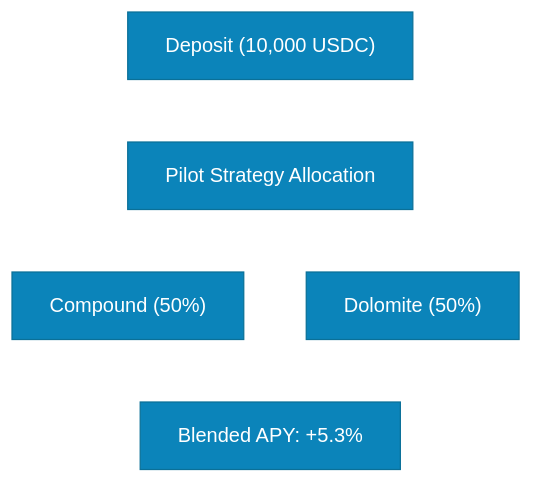
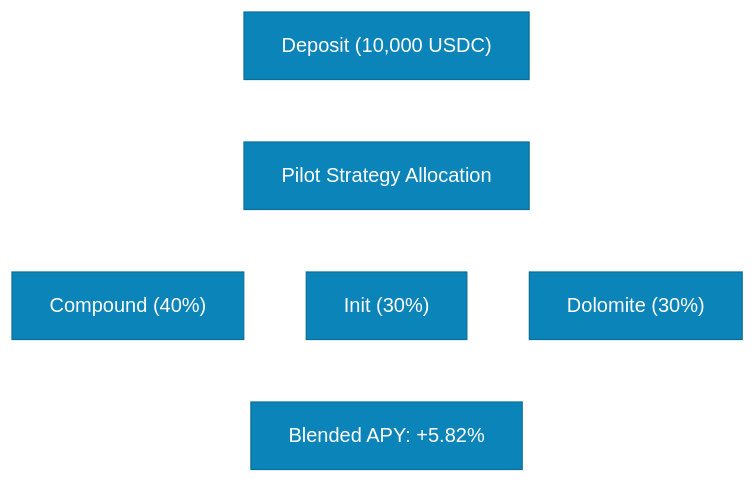
Before and after one commit to super-cluster-finance/docs: the diagram in docs/user-flow/yield-accrual.md, drawn with Mermaid. The commit also changed other lines of this file and 13 other files, not shown here.

````diff
--- a/docs/user-flow/yield-accrual.md
+++ b/docs/user-flow/yield-accrual.md
@@ -25,15 +25,18 @@
 ```mermaid
 %%{init: {'theme':'base', 'themeVariables': { 'primaryColor':'#0b84ba','primaryTextColor':'#ffffff','primaryBorderColor':'#0a7098','lineColor':'#ffffff','secondaryColor':'#0a7098','tertiaryColor':'#08506e'}}}%%
 flowchart TD
    A["Deposit (10,000 USDC)"]
    B["Pilot Strategy Allocation"]
-   C["Compound (50%)"]
-   D["Dolomite (50%)"]
-   F["Blended APY: +5.3%"]
+   C["Compound (40%)"]
+   D["Init (30%)"]
+   E["Dolomite (30%)"]
+   F["Blended APY: +5.82%"]
 
    A --> B
    B --> C
    B --> D
+   B --> E
    C --> F
    D --> F
+   E --> F
 ```
````
